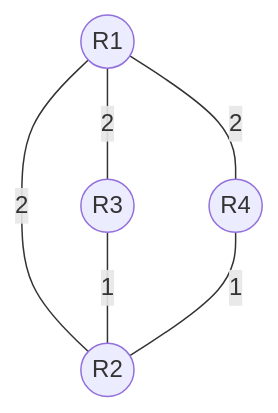
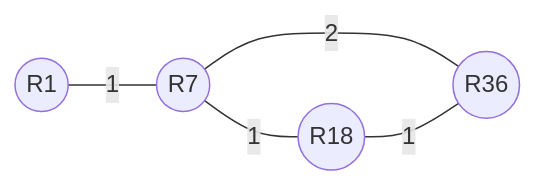
The diagram in Tutorial_Weighted_Constraint_Coupling.md (kiittkiidd/Lampiran-Model-Matematika-Tesis), drawn with Mermaid before and after one commit. The commit also changed other lines of this file, not shown here.

````diff
--- a/Tutorial_Weighted_Constraint_Coupling.md
+++ b/Tutorial_Weighted_Constraint_Coupling.md
@@ -150,8 +256,7 @@
 ```mermaid
-flowchart TB
-    R1((R1)) ---|2| R3((R3))
-    R1 ---|2| R2((R2))
-    R1 ---|2| R4((R4))
-    R3 ---|1| R2
-    R4 ---|1| R2
+flowchart LR
+    R1((R1)) ---|1| R7((R7))
+    R7 ---|1| R18((R18))
+    R7 ---|2| R36((R36))
+    R18 ---|1| R36
 ```
````
